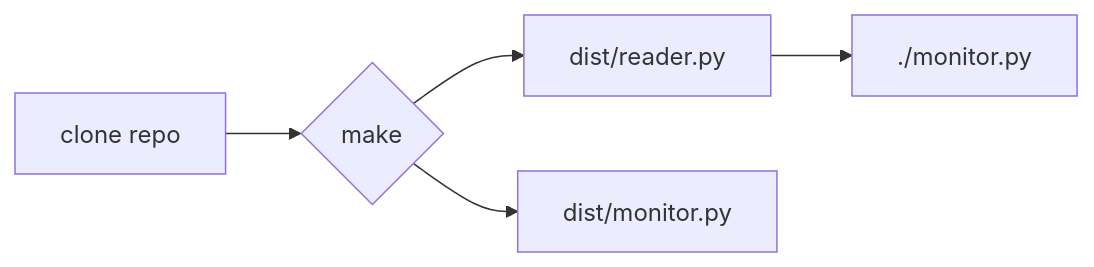
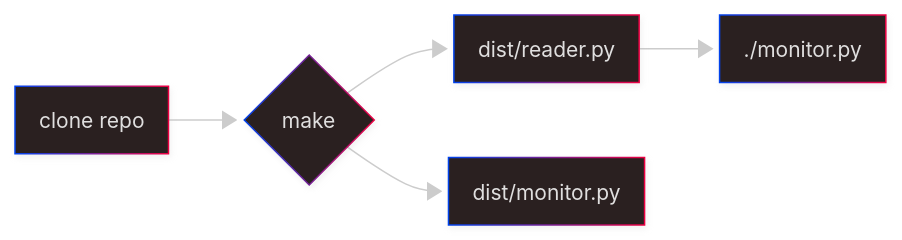
One commit to kio42069/hyprmonitor changed the first of 2 diagrams in README.md. Above: the diagram before and after it, drawn with Mermaid. The commit also changed other lines of this file, not shown here.

````diff
--- a/README.md
+++ b/README.md
@@ -25,7 +25,12 @@
 ```mermaid
+---
+config:
+  look: neo
+  theme: neo-dark
+---
 flowchart LR
   A[clone repo] --> B{make}
   B --> C[dist/reader.py]
   B --> D[dist/monitor.py]
   C --> E[./monitor.py]
 ```
````
